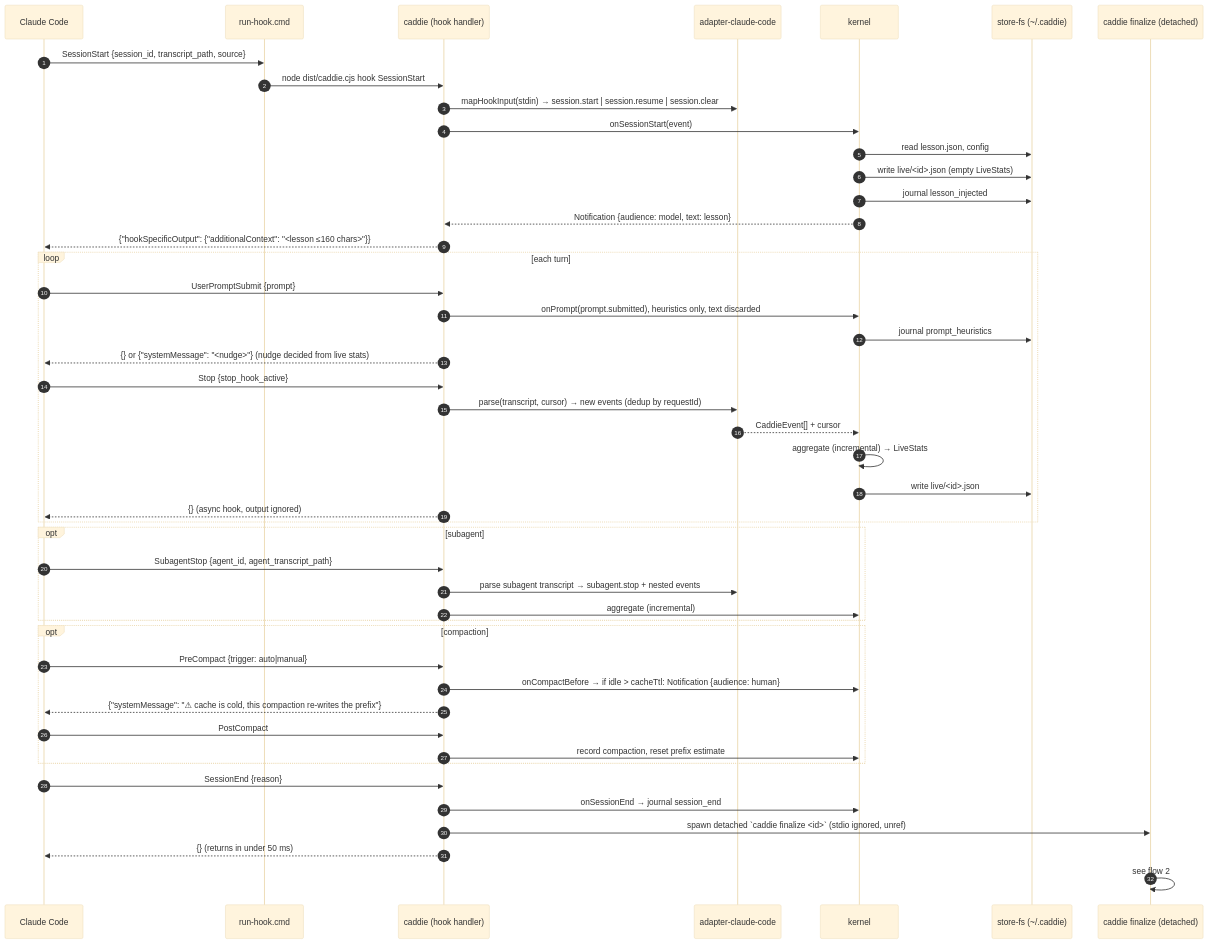
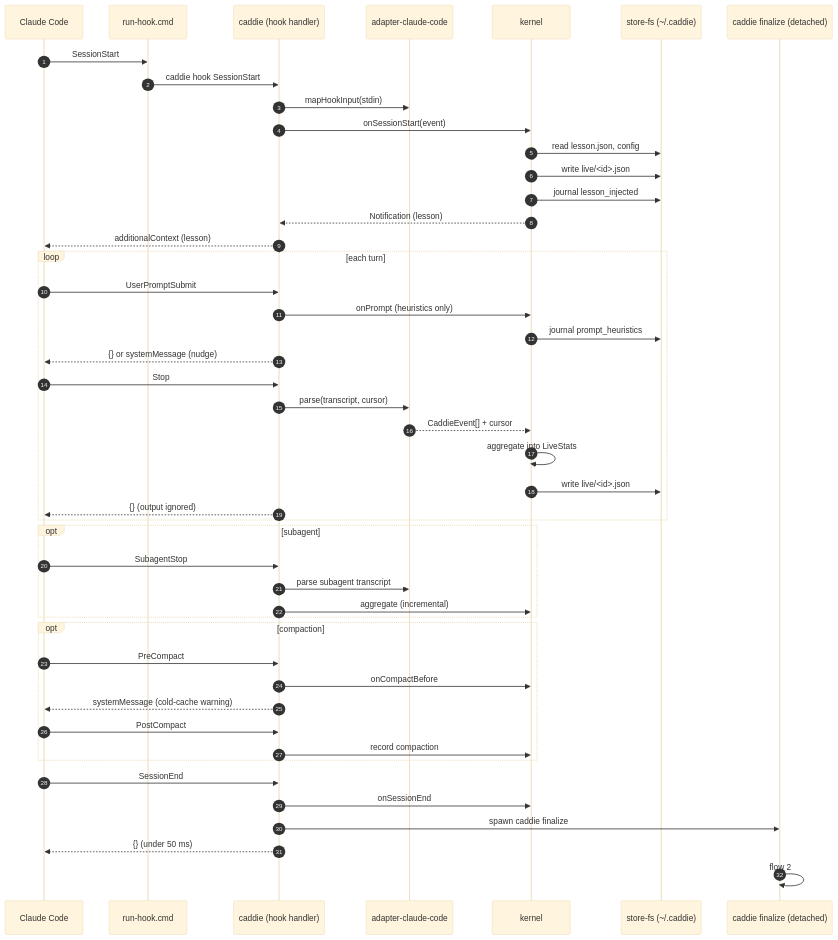
One commit to wrightm/agent-caddie changed the first of 8 diagrams in docs/architecture/flows.md. Above: the diagram before and after it, drawn with Mermaid (base theme). The commit also changed other lines of this file, not shown here.

First line of the commit message:
docs(architecture): shorten sequence diagram labels in flows.md

````diff
--- a/docs/architecture/flows.md
+++ b/docs/architecture/flows.md
@@ -30,54 +31,54 @@
 ```mermaid
 sequenceDiagram
     autonumber
     participant H as Claude Code
     participant RH as run-hook.cmd
     participant CLI as caddie (hook handler)
     participant AD as adapter-claude-code
     participant K as kernel
     participant ST as store-fs (~/.caddie)
     participant FZ as caddie finalize (detached)
 
-    H->>RH: SessionStart {session_id, transcript_path, source}
-    RH->>CLI: node dist/caddie.cjs hook SessionStart
-    CLI->>AD: mapHookInput(stdin) → session.start | session.resume | session.clear
+    H->>RH: SessionStart
+    RH->>CLI: caddie hook SessionStart
+    CLI->>AD: mapHookInput(stdin)
     CLI->>K: onSessionStart(event)
     K->>ST: read lesson.json, config
-    K->>ST: write live/<id>.json (empty LiveStats)
+    K->>ST: write live/<id>.json
     K->>ST: journal lesson_injected
-    K-->>CLI: Notification {audience: model, text: lesson}
-    CLI-->>H: {"hookSpecificOutput": {"additionalContext": "<lesson ≤160 chars>"}}
+    K-->>CLI: Notification (lesson)
+    CLI-->>H: additionalContext (lesson)
 
     loop each turn
-        H->>CLI: UserPromptSubmit {prompt}
-        CLI->>K: onPrompt(prompt.submitted), heuristics only, text discarded
+        H->>CLI: UserPromptSubmit
+        CLI->>K: onPrompt (heuristics only)
         K->>ST: journal prompt_heuristics
-        CLI-->>H: {} or {"systemMessage": "<nudge>"} (nudge decided from live stats)
-        H->>CLI: Stop {stop_hook_active}
-        CLI->>AD: parse(transcript, cursor) → new events (dedup by requestId)
+        CLI-->>H: {} or systemMessage (nudge)
+        H->>CLI: Stop
+        CLI->>AD: parse(transcript, cursor)
         AD-->>K: CaddieEvent[] + cursor
-        K->>K: aggregate (incremental) → LiveStats
+        K->>K: aggregate into LiveStats
         K->>ST: write live/<id>.json
-        CLI-->>H: {} (async hook, output ignored)
+        CLI-->>H: {} (output ignored)
     end
 
     opt subagent
-        H->>CLI: SubagentStop {agent_id, agent_transcript_path}
-        CLI->>AD: parse subagent transcript → subagent.stop + nested events
+        H->>CLI: SubagentStop
+        CLI->>AD: parse subagent transcript
         CLI->>K: aggregate (incremental)
     end
 
     opt compaction
-        H->>CLI: PreCompact {trigger: auto|manual}
-        CLI->>K: onCompactBefore → if idle > cacheTtl: Notification {audience: human}
-        CLI-->>H: {"systemMessage": "⚠ cache is cold, this compaction re-writes the prefix"}
+        H->>CLI: PreCompact
+        CLI->>K: onCompactBefore
+        CLI-->>H: systemMessage (cold-cache warning)
         H->>CLI: PostCompact
-        CLI->>K: record compaction, reset prefix estimate
+        CLI->>K: record compaction
     end
 
-    H->>CLI: SessionEnd {reason}
-    CLI->>K: onSessionEnd → journal session_end
-    CLI->>FZ: spawn detached `caddie finalize <id>` (stdio ignored, unref)
-    CLI-->>H: {} (returns in under 50 ms)
-    FZ->>FZ: see flow 2
+    H->>CLI: SessionEnd
+    CLI->>K: onSessionEnd
+    CLI->>FZ: spawn caddie finalize
+    CLI-->>H: {} (under 50 ms)
+    FZ->>FZ: flow 2
 ```
````
